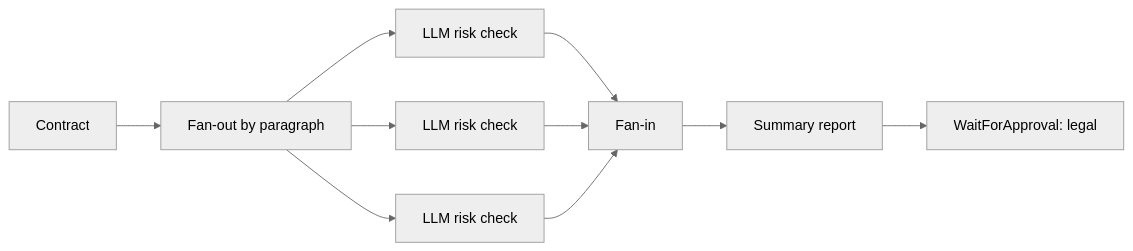
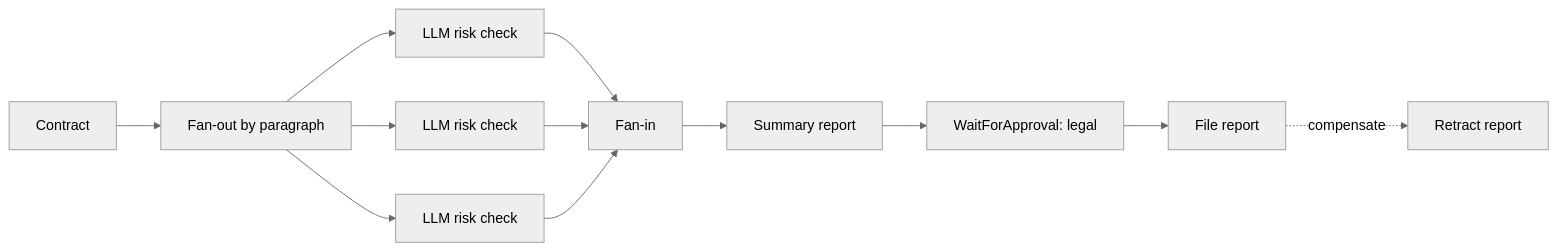
One commit to pargevk1996-a11y/flowforge changed the third of 3 diagrams in README.md. Above: the diagram before and after it, drawn with Mermaid (neutral theme). The commit also changed other lines of this file and 15 other files, not shown here.

````diff
--- a/README.md
+++ b/README.md
@@ -251,12 +304,14 @@
 ```mermaid
 flowchart LR
     A[Contract] --> B[Fan-out by paragraph]
     B --> C1[LLM risk check]
     B --> C2[LLM risk check]
     B --> C3[LLM risk check]
     C1 --> D[Fan-in]
     C2 --> D
     C3 --> D
     D --> E[Summary report]
     E --> F[WaitForApproval: legal]
+    F --> G[File report]
+    G -. compensate .-> R[Retract report]
 ```
````
